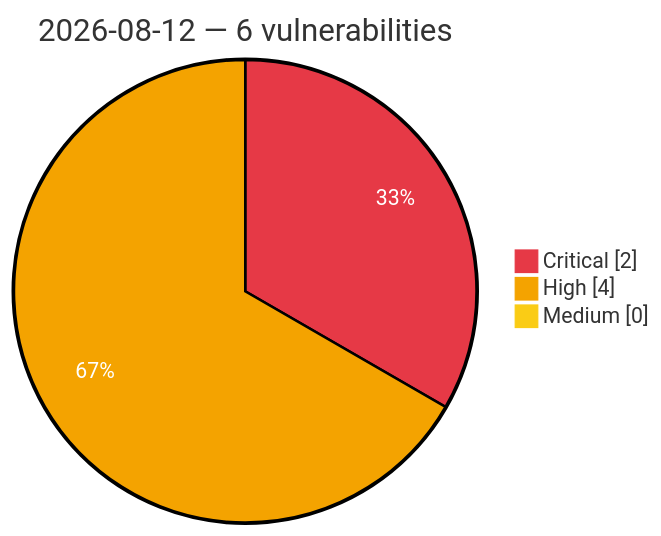
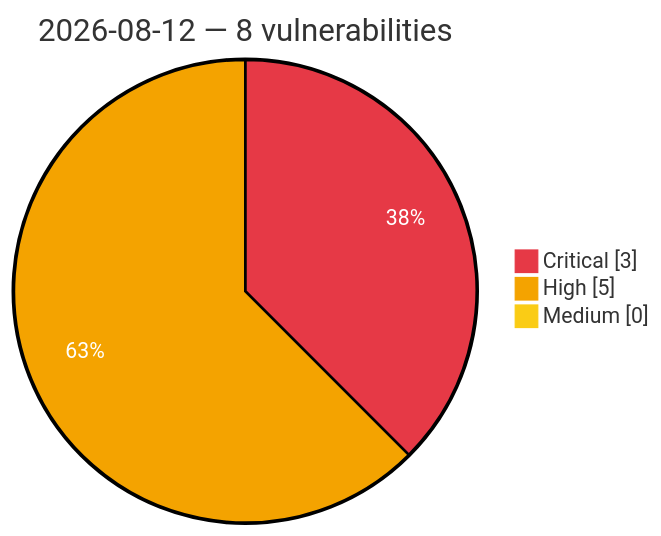
The diagram in vulnerabilities/2026/August/2026-08-12.md (GhostX0X/vuln-tracker), drawn with Mermaid before and after one commit. The commit also changed other lines of this file and 5 other files, not shown here.

Commit message:
Auto update: critical/high vulns (2026-08-12 08:48 UTC)

````diff
--- a/vulnerabilities/2026/August/2026-08-12.md
+++ b/vulnerabilities/2026/August/2026-08-12.md
@@ -3,8 +3,8 @@
 ```mermaid
 %%{init: {'theme':'base', 'themeVariables': {'pie1':'#e63946', 'pie2':'#f4a300', 'pie3':'#facc15', 'pieOpacity':'1', 'pieOuterStrokeWidth':'2px', 'pieSectionTextColor':'#ffffff'}}}%%
 pie showData
-    title 2026-08-12 — 6 vulnerabilities
-    "Critical" : 2
-    "High" : 4
+    title 2026-08-12 — 8 vulnerabilities
+    "Critical" : 3
+    "High" : 5
     "Medium" : 0
 ```
````
